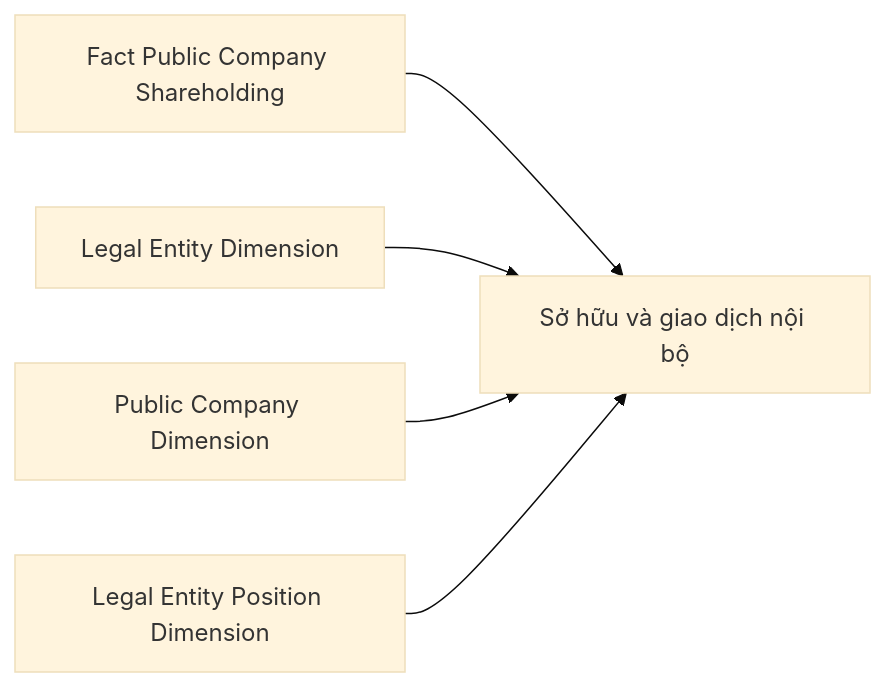
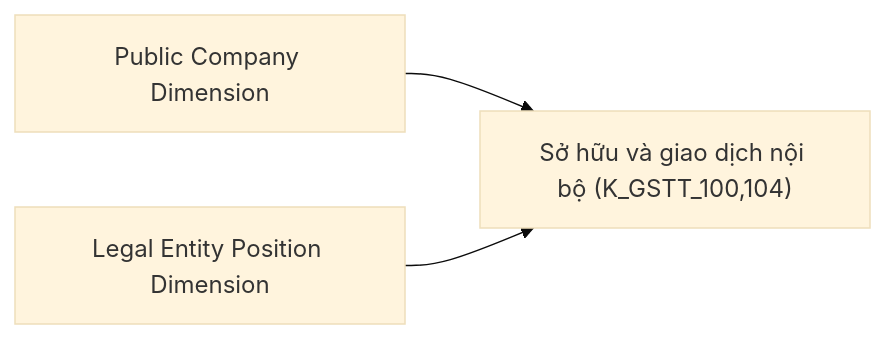
One commit to linhlvit/ubck_atomic_design changed diagram 52 of 57 in Datamart/hld/DTM_GSTT_HLD.md. Above: the diagram before and after it, drawn with Mermaid (base theme). The commit also changed other lines of this file and 70 other files, not shown here.

````diff
--- a/Datamart/hld/DTM_GSTT_HLD.md
+++ b/Datamart/hld/DTM_GSTT_HLD.md
@@ -2659,7 +2626,5 @@
 ```mermaid
 flowchart LR
-    F1["Fact Public Company Shareholding"] --> RPT45["Sở hữu và giao dịch nội bộ"]
-    D1["Legal Entity Dimension"] --> RPT45
-    D2["Public Company Dimension"] --> RPT45
-    D3["Legal Entity Position Dimension"] --> RPT45
+    D1["Public Company Dimension"] --> RPT45["Sở hữu và giao dịch nội bộ (K_GSTT_100,104)"]
+    D2["Legal Entity Position Dimension"] --> RPT45
 ```
````
